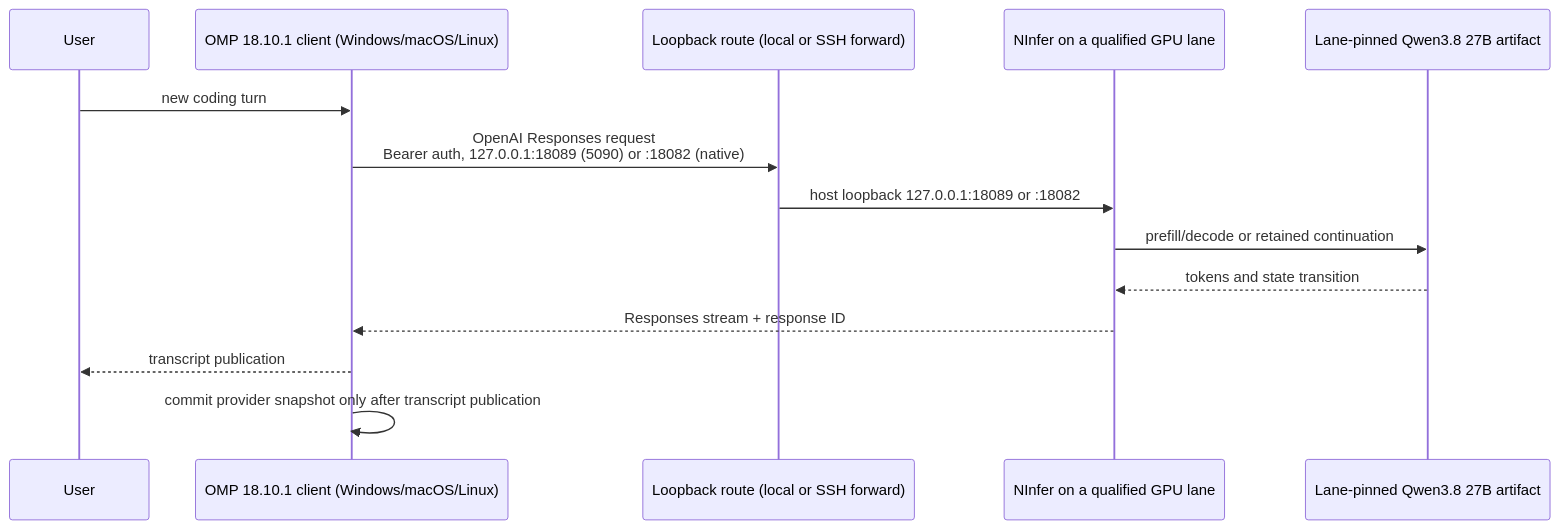
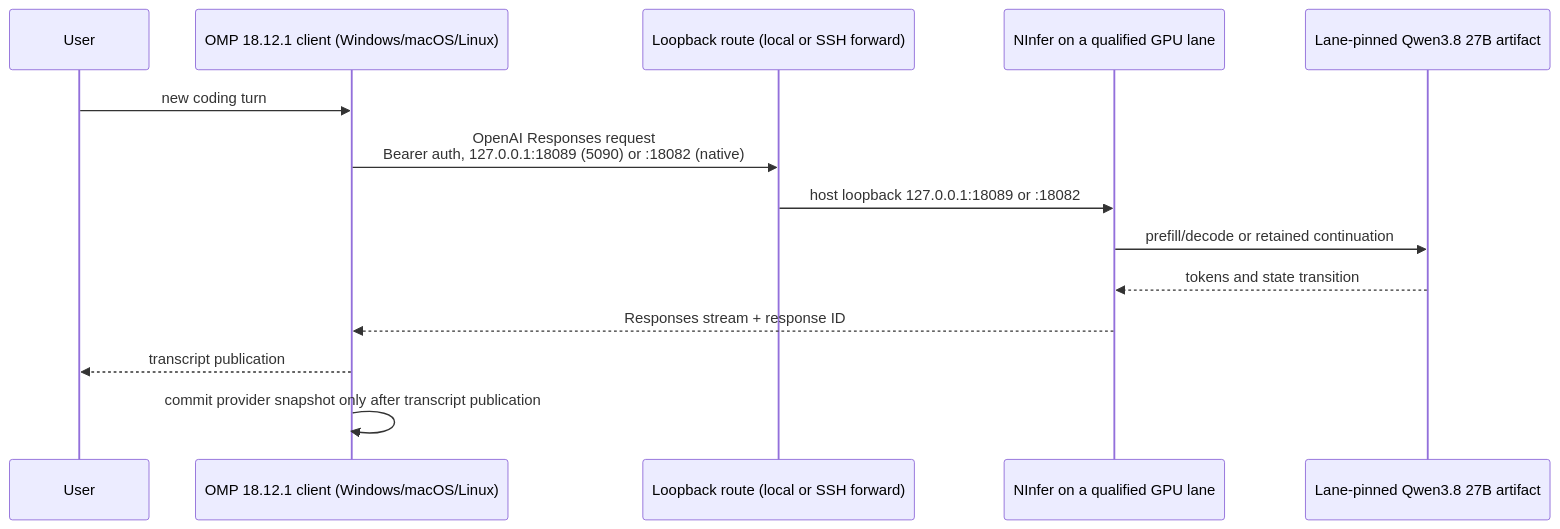
One commit to alphastorm/omp-ninfer changed the diagram in docs/ARCHITECTURE.md. Above: the diagram before and after it, drawn with Mermaid. The commit also changed other lines of this file and 27 other files, not shown here.

````diff
--- a/docs/ARCHITECTURE.md
+++ b/docs/ARCHITECTURE.md
@@ -12,17 +12,17 @@
 ```mermaid
 sequenceDiagram
     participant User
-    participant OMP as OMP 18.10.1 client (Windows/macOS/Linux)
+    participant OMP as OMP 18.12.1 client (Windows/macOS/Linux)
     participant Route as Loopback route (local or SSH forward)
     participant NInfer as NInfer on a qualified GPU lane
     participant GPU as Lane-pinned Qwen3.8 27B artifact
 
     User->>OMP: new coding turn
     OMP->>Route: OpenAI Responses request<br/>Bearer auth, 127.0.0.1:18089 (5090) or :18082 (native)
     Route->>NInfer: host loopback 127.0.0.1:18089 or :18082
     NInfer->>GPU: prefill/decode or retained continuation
     GPU-->>NInfer: tokens and state transition
     NInfer-->>OMP: Responses stream + response ID
     OMP-->>User: transcript publication
     OMP->>OMP: commit provider snapshot only after transcript publication
 ```
````
